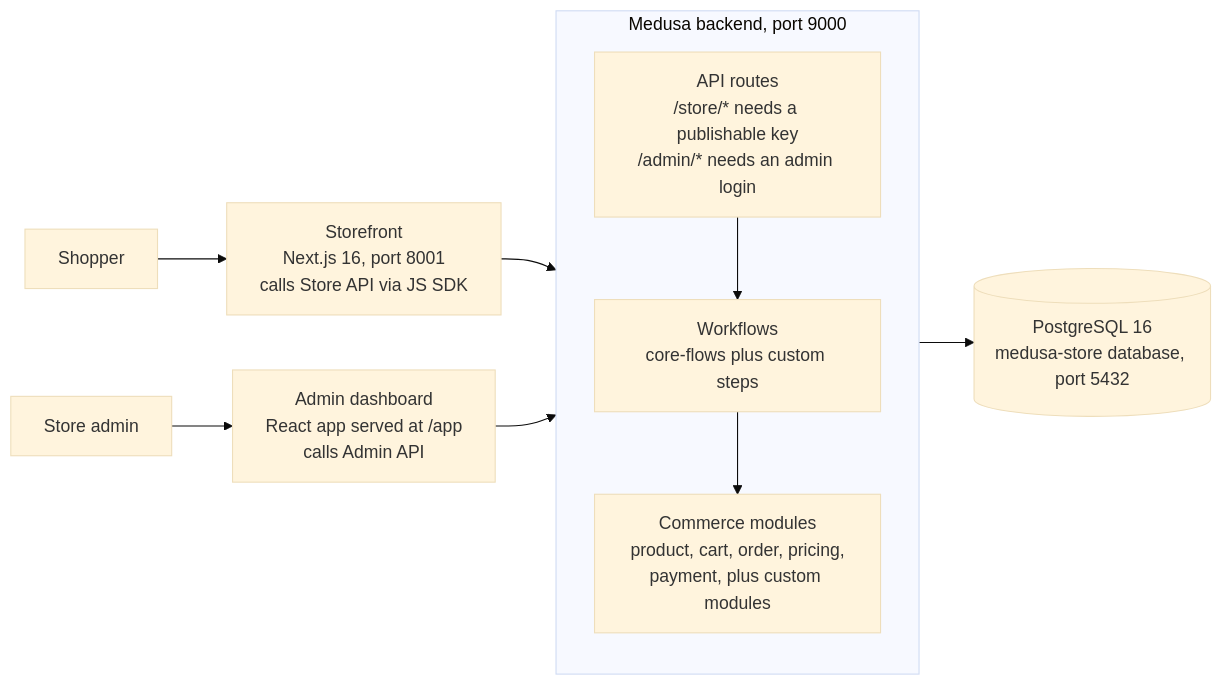
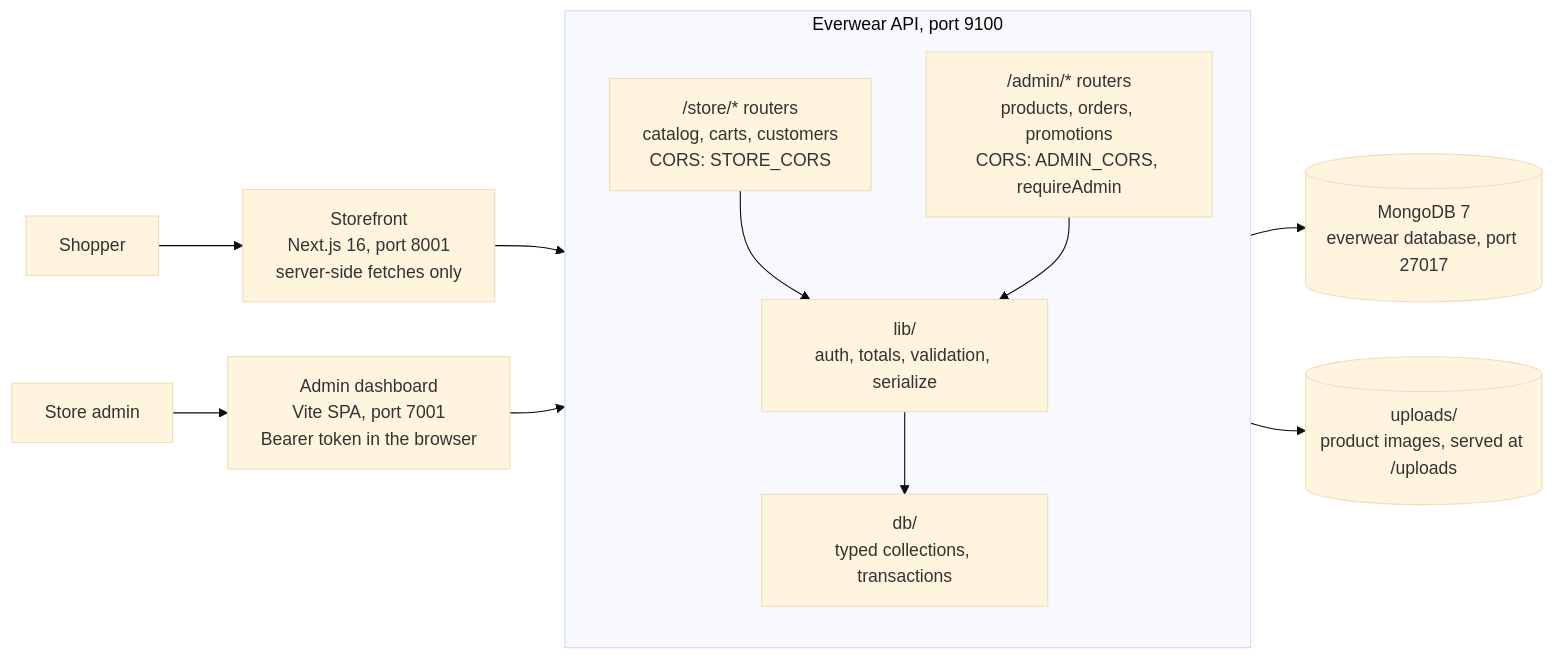
The diagram in docs/PROJECT.md (mozammilrja/-my-store), drawn with Mermaid (base theme) before and after one commit. The commit also changed other lines of this file and 24 other files, not shown here.

First line of the commit message:
Build out the admin dashboard and refresh the docs

````diff
--- a/docs/PROJECT.md
+++ b/docs/PROJECT.md
@@ -25,17 +29,21 @@
 ```mermaid
 flowchart LR
-  Shopper --> Storefront["Storefront<br/>Next.js 16, port 8001<br/>calls Store API via JS SDK"]
-  Admin["Store admin"] --> Dashboard["Admin dashboard<br/>React app served at /app<br/>calls Admin API"]
+  Shopper --> Storefront["Storefront<br/>Next.js 16, port 8001<br/>server-side fetches only"]
+  Admin["Store admin"] --> Dashboard["Admin dashboard<br/>Vite SPA, port 7001<br/>Bearer token in the browser"]
 
-  subgraph Backend["Medusa backend, port 9000"]
+  subgraph API["Everwear API, port 9100"]
     direction TB
-    Routes["API routes<br/>/store/* needs a publishable key<br/>/admin/* needs an admin login"]
-    Workflows["Workflows<br/>core-flows plus custom steps"]
-    Modules["Commerce modules<br/>product, cart, order, pricing,<br/>payment, plus custom modules"]
-    Routes --> Workflows --> Modules
+    Store["/store/* routers<br/>catalog, carts, customers<br/>CORS: STORE_CORS"]
+    AdminR["/admin/* routers<br/>products, orders, promotions<br/>CORS: ADMIN_CORS, requireAdmin"]
+    Lib["lib/<br/>auth, totals, validation, serialize"]
+    Dbl["db/<br/>typed collections, transactions"]
+    Store --> Lib
+    AdminR --> Lib
+    Lib --> Dbl
   end
 
-  Storefront --> Routes
-  Dashboard --> Routes
-  Modules --> DB[("PostgreSQL 16<br/>medusa-store database, port 5432")]
+  Storefront --> Store
+  Dashboard --> AdminR
+  Dbl --> DB[("MongoDB 7<br/>everwear database, port 27017")]
+  Store --> Uploads[("uploads/<br/>product images, served at /uploads")]
 ```
````
